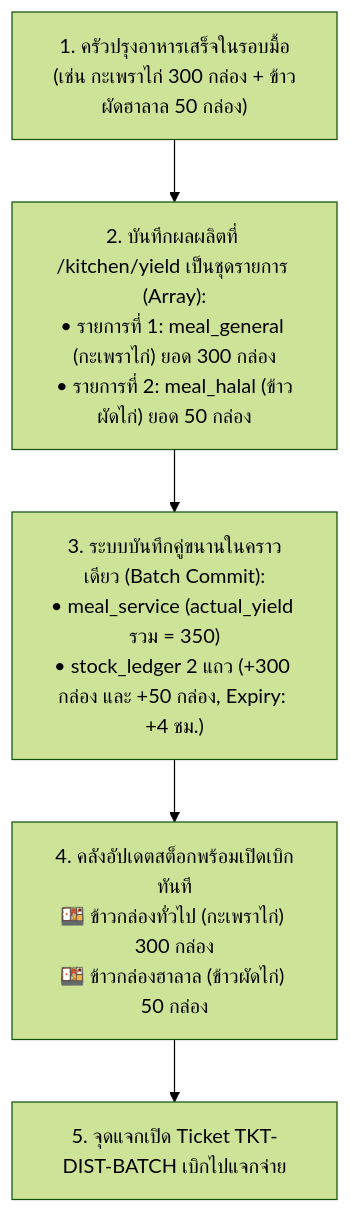
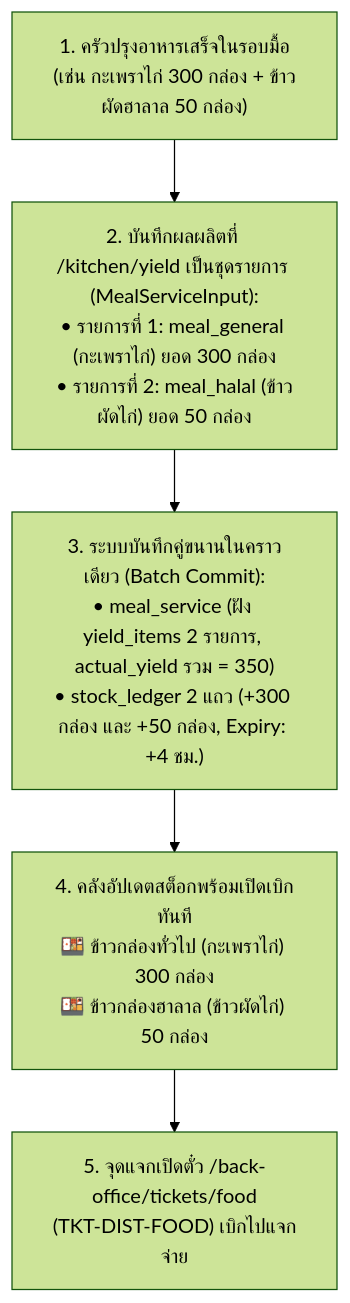
Before and after one commit to r202-coe-psu/tent: the second of 7 diagrams in SPEC_TICKET_AND_DISTRIBUTION.md, drawn with Mermaid (forest theme). The commit also changed other lines of this file, not shown here.

Commit message:
docs: update ticket and distribution specifications

````diff
--- a/SPEC_TICKET_AND_DISTRIBUTION.md
+++ b/SPEC_TICKET_AND_DISTRIBUTION.md
@@ -150,7 +188,7 @@
 ```mermaid
 flowchart TD
-    K1["1. ครัวปรุงอาหารเสร็จในรอบมื้อ<br/>(เช่น กะเพราไก่ 300 กล่อง + ข้าวผัดฮาลาล 50 กล่อง)"] --> K2["2. บันทึกผลผลิตที่ /kitchen/yield เป็นชุดรายการ (Array):<br/>• รายการที่ 1: meal_general (กะเพราไก่) ยอด 300 กล่อง<br/>• รายการที่ 2: meal_halal (ข้าวผัดไก่) ยอด 50 กล่อง"]
-    K2 --> T1["3. ระบบบันทึกคู่ขนานในคราวเดียว (Batch Commit):<br/>• meal_service (actual_yield รวม = 350)<br/>• stock_ledger 2 แถว (+300 กล่อง และ +50 กล่อง, Expiry: +4 ชม.)"]
+    K1["1. ครัวปรุงอาหารเสร็จในรอบมื้อ<br/>(เช่น กะเพราไก่ 300 กล่อง + ข้าวผัดฮาลาล 50 กล่อง)"] --> K2["2. บันทึกผลผลิตที่ /kitchen/yield เป็นชุดรายการ (MealServiceInput):<br/>• รายการที่ 1: meal_general (กะเพราไก่) ยอด 300 กล่อง<br/>• รายการที่ 2: meal_halal (ข้าวผัดไก่) ยอด 50 กล่อง"]
+    K2 --> T1["3. ระบบบันทึกคู่ขนานในคราวเดียว (Batch Commit):<br/>• meal_service (ฝัง yield_items 2 รายการ, actual_yield รวม = 350)<br/>• stock_ledger 2 แถว (+300 กล่อง และ +50 กล่อง, Expiry: +4 ชม.)"]
     T1 --> W1["4. คลังอัปเดตสต็อกพร้อมเปิดเบิกทันที<br/>🍱 ข้าวกล่องทั่วไป (กะเพราไก่) 300 กล่อง<br/>🍱 ข้าวกล่องฮาลาล (ข้าวผัดไก่) 50 กล่อง"]
-    W1 --> D1["5. จุดแจกเปิด Ticket TKT-DIST-BATCH เบิกไปแจกจ่าย"]
+    W1 --> D1["5. จุดแจกเปิดตั๋ว /back-office/tickets/food<br/>(TKT-DIST-FOOD) เบิกไปแจกจ่าย"]
 ```
````
